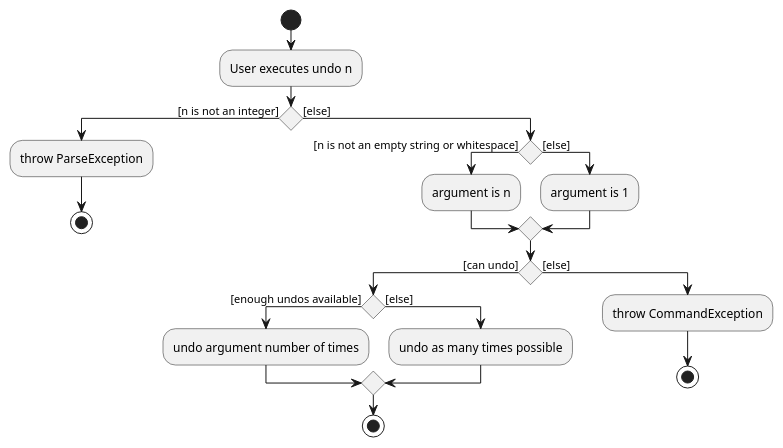
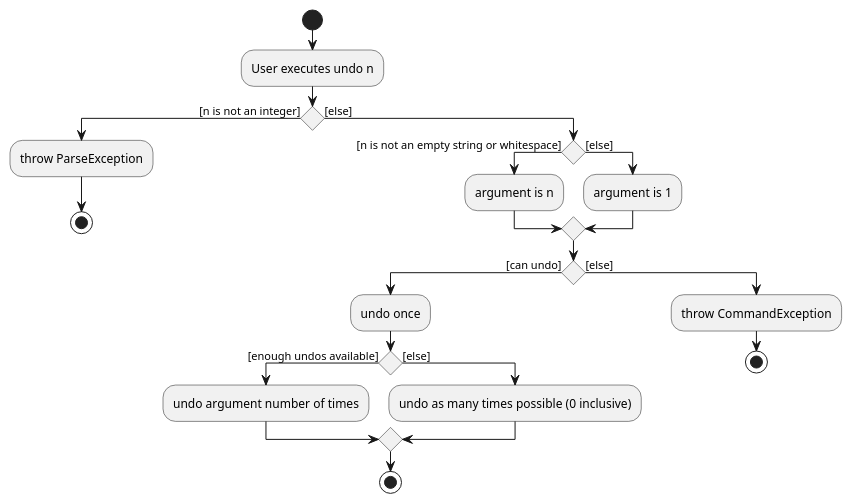
The diagram in docs/diagrams/UndoActivityDiagram.puml (nus-cs2103-AY2223S2/tp), drawn with PlantUML before and after one commit.

Commit message:
edit ug and dg

```diff
--- a/docs/diagrams/UndoActivityDiagram.puml
+++ b/docs/diagrams/UndoActivityDiagram.puml
@@ -1,27 +1,28 @@
 @startuml
 'https://plantuml.com/activity-diagram-beta
 
 start
 :User executes undo n;
 if () then ([n is not an integer])
     :throw ParseException;
     stop
 else ([else])
     if () then ([n is not an empty string or whitespace])
         :argument is n;
     else ([else])
         :argument is 1;
     endif
     if () then ([can undo])
+        :undo once;
         if () then ([enough undos available])
         :undo argument number of times;
         else ([else])
-        :undo as many times possible;
+        :undo as many times possible (0 inclusive);
         endif
         stop
     else ([else])
         :throw CommandException;
         stop
 
 
 @enduml
```
